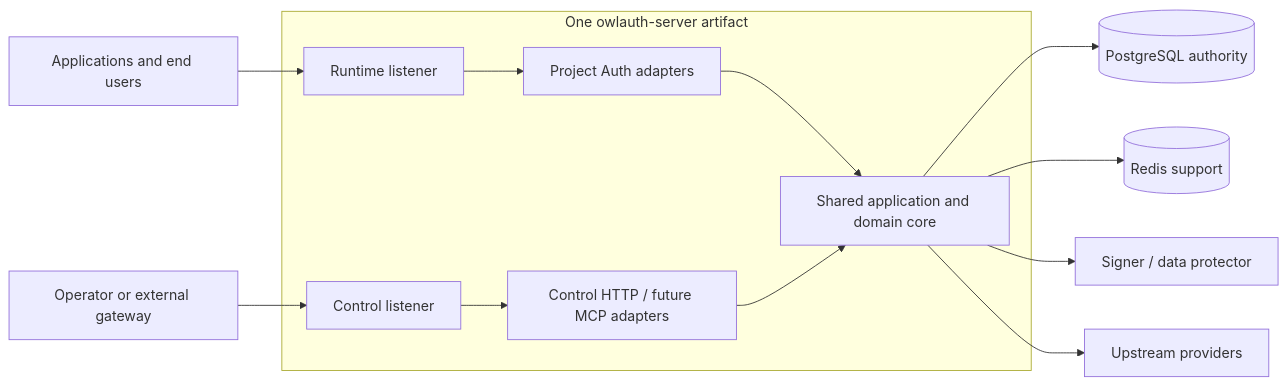
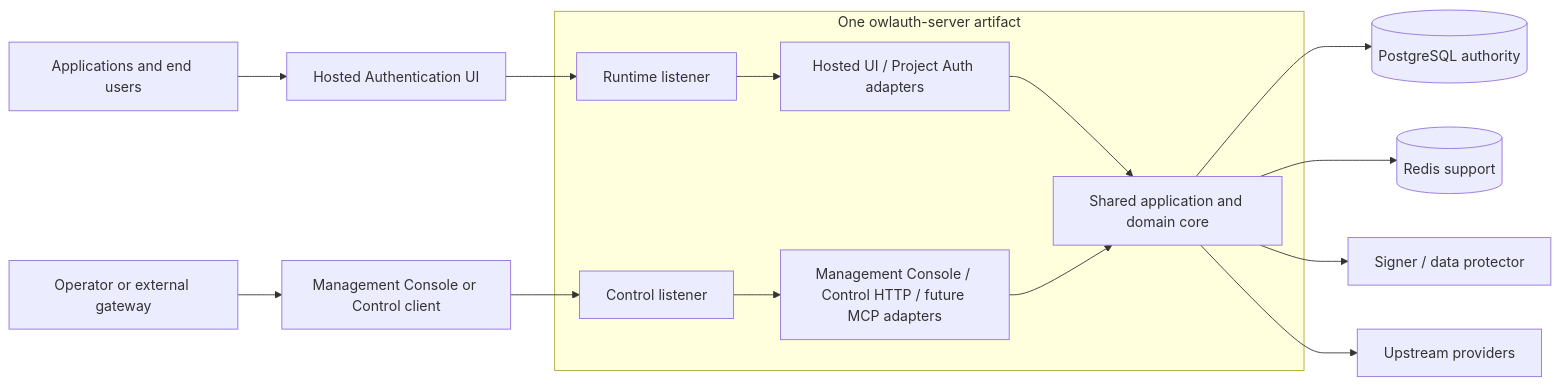
The second of 3 diagrams in docs/guide/architecture.md (owlfoundry/owlauth), drawn with Mermaid before and after one commit. The commit also changed other lines of this file and 35 other files, not shown here.

First line of the commit message:
docs(repo): define hosted web and SaaS architecture

````diff
--- a/docs/guide/architecture.md
+++ b/docs/guide/architecture.md
@@ -83,17 +90,19 @@
 ```mermaid
 flowchart LR
-    Apps[Applications and end users] --> RL[Runtime listener]
-    Ops[Operator or external gateway] --> CL[Control listener]
+    Apps[Applications and end users] --> Hosted[Hosted Authentication UI]
+    Hosted --> RL[Runtime listener]
+    Ops[Operator or external gateway] --> Console[Management Console or Control client]
+    Console --> CL[Control listener]
 
     subgraph Server[One owlauth-server artifact]
-        RL --> RA[Project Auth adapters]
-        CL --> CA[Control HTTP / future MCP adapters]
+        RL --> RA[Hosted UI / Project Auth adapters]
+        CL --> CA[Management Console / Control HTTP / future MCP adapters]
         RA --> Core[Shared application and domain core]
         CA --> Core
     end
 
     Core --> PG[(PostgreSQL authority)]
     Core --> Redis[(Redis support)]
     Core --> Keys[Signer / data protector]
     Core --> IdP[Upstream providers]
 ```
````
